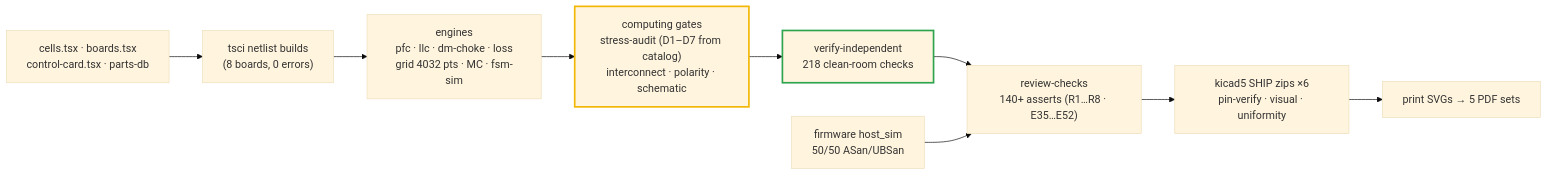
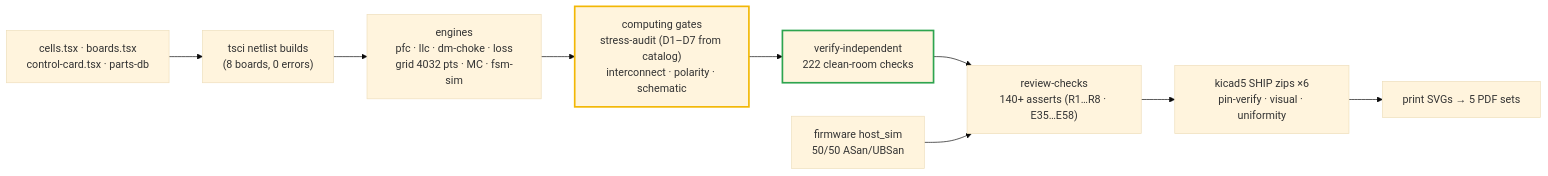
Before and after one commit to vectivolt/DC-Modules: the diagram in docs/verification-matrix.md, drawn with Mermaid (base theme). The commit also changed other lines of this file and 10 other files, not shown here.

````diff
--- a/docs/verification-matrix.md
+++ b/docs/verification-matrix.md
@@ -20,13 +20,13 @@
 ```mermaid
 flowchart LR
   SRC["cells.tsx · boards.tsx<br/>control-card.tsx · parts-db"] --> BUILD["tsci netlist builds<br/>(8 boards, 0 errors)"]
   BUILD --> ENG["engines<br/>pfc · llc · dm-choke · loss<br/>grid 4032 pts · MC · fsm-sim"]
   ENG --> GATES["computing gates<br/>stress-audit (D1–D7 from catalog)<br/>interconnect · polarity · schematic"]
-  GATES --> IND["verify-independent<br/>218 clean-room checks"]
-  IND --> REV["review-checks<br/>140+ asserts (R1…R8 · E35…E52)"]
+  GATES --> IND["verify-independent<br/>222 clean-room checks"]
+  IND --> REV["review-checks<br/>140+ asserts (R1…R8 · E35…E58)"]
   REV --> SHIP["kicad5 SHIP zips ×6<br/>pin-verify · visual · uniformity"]
   SHIP --> PDF["print SVGs → 5 PDF sets"]
   FW["firmware host_sim<br/>50/50 ASan/UBSan"] --> REV
   style GATES stroke:#f2b705,stroke-width:2.5px
   style IND stroke:#2ea44f,stroke-width:2.5px
 ```
````
